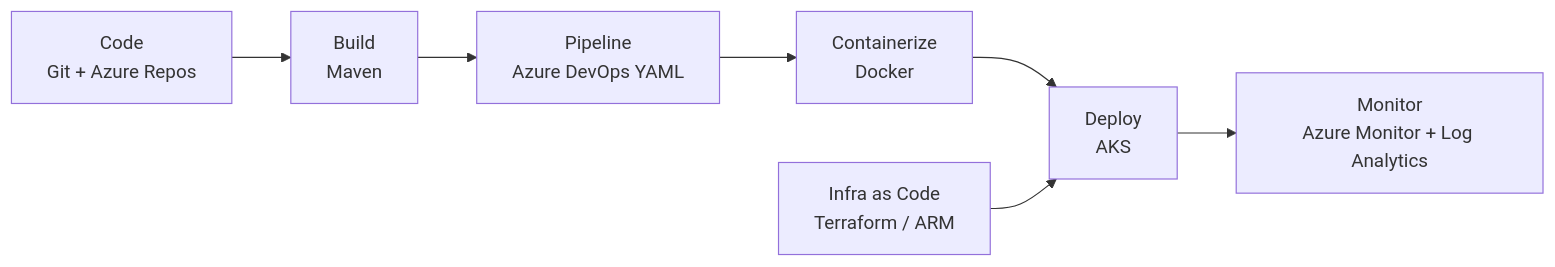
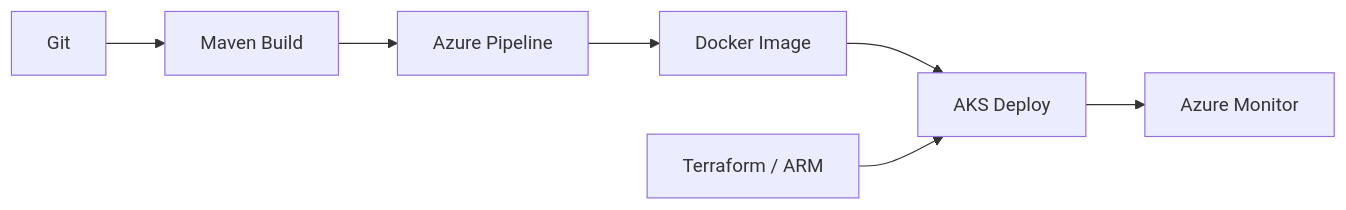
The diagram in README.md (ravisesham3/ravisesham3), drawn with Mermaid before and after one commit. The commit also changed other lines of this file, not shown here.

````diff
--- a/README.md
+++ b/README.md
@@ -68,9 +119,9 @@
 ```mermaid
 flowchart LR
-    A[Code<br/>Git + Azure Repos] --> B[Build<br/>Maven]
-    B --> C[Pipeline<br/>Azure DevOps YAML]
-    C --> D[Containerize<br/>Docker]
-    D --> E[Deploy<br/>AKS]
-    F[Infra as Code<br/>Terraform / ARM] --> E
-    E --> G[Monitor<br/>Azure Monitor + Log Analytics]
+    A[Git] --> B[Maven Build]
+    B --> C[Azure Pipeline]
+    C --> D[Docker Image]
+    D --> E[AKS Deploy]
+    F[Terraform / ARM] --> E
+    E --> G[Azure Monitor]
 ```
````
